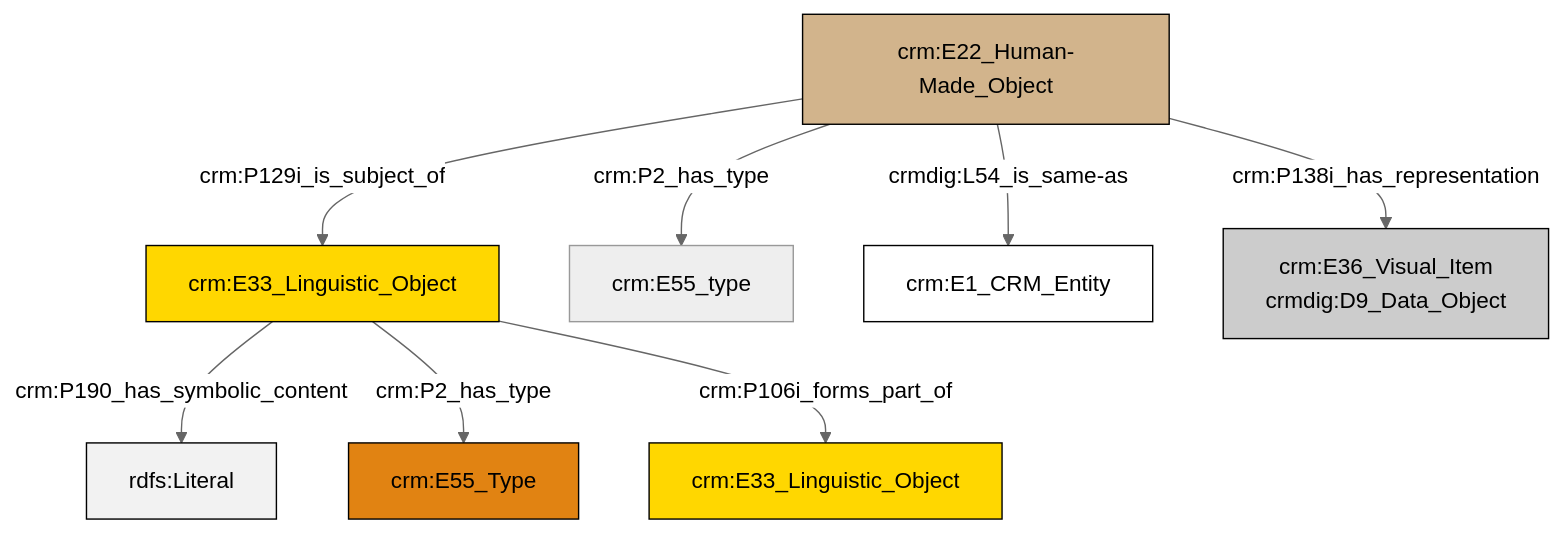
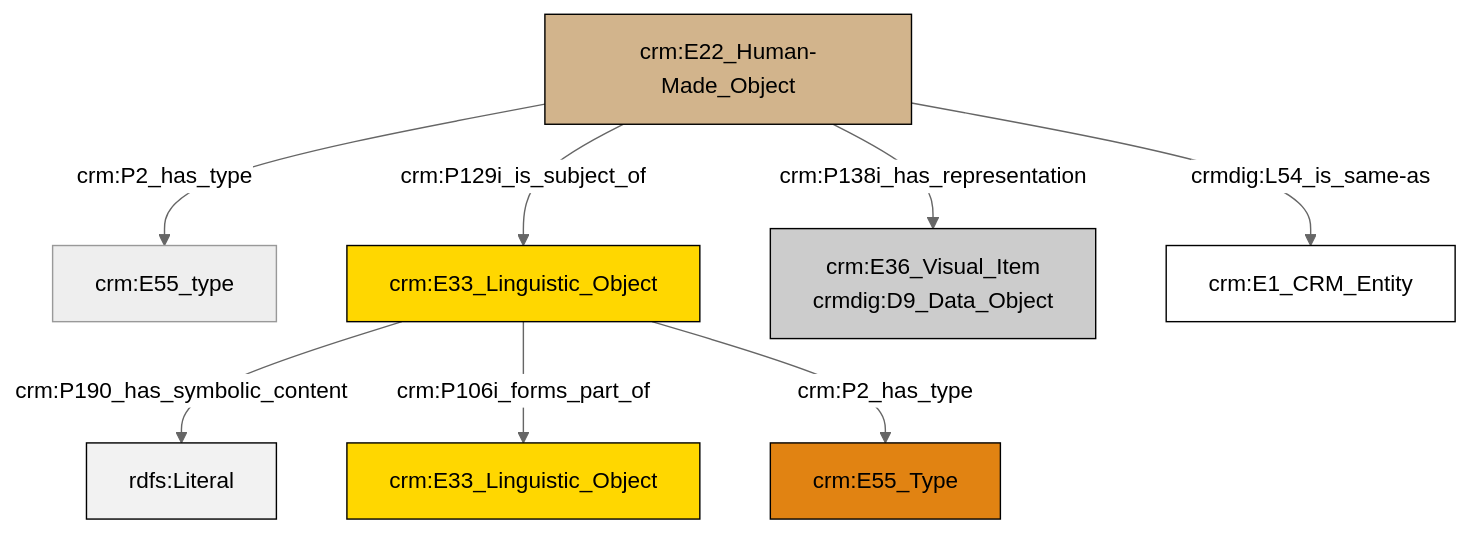
One commit to swiss-art-research-net/docs.swissartresearch changed the diagram in et/artworkCSV/ttl/mmd/Artwork_Documentation.ttl.mmd. Above: the diagram before and after it, drawn with Mermaid (neutral theme). The commit also changed 180 other files, not shown here.

```diff
--- a/et/artworkCSV/ttl/mmd/Artwork_Documentation.ttl.mmd
+++ b/et/artworkCSV/ttl/mmd/Artwork_Documentation.ttl.mmd
@@ -1,22 +1,22 @@
 graph TD
 classDef Literal fill:#f2f2f2,stroke:#000000;
 classDef CRM_Entity fill:#FFFFFF,stroke:#000000;
 classDef Temporal_Entity fill:#00C9E6, stroke:#000000;
 classDef Type fill:#E18312, stroke:#000000;
 classDef Time-Span fill:#2C9C91, stroke:#000000;
 classDef Appellation fill:#FFEB7F, stroke:#000000;
 classDef Place fill:#008836, stroke:#000000;
 classDef Persistent_Item fill:#B266B2, stroke:#000000;
 classDef Conceptual_Object fill:#FFD700, stroke:#000000;
 classDef Physical_Thing fill:#D2B48C, stroke:#000000;
 classDef Actor fill:#f58aad, stroke:#000000;
 classDef PC_Classes fill:#4ce600, stroke:#000000;
 classDef Multi fill:#cccccc,stroke:#000000;
 
-4["crm:E22_Human-Made_Object"]:::Physical_Thing -->|crm:P2_has_type| 5["crm:E55_type"]:::Default
-4["crm:E22_Human-Made_Object"]:::Physical_Thing -->|crmdig:L54_is_same-as| 9["crm:E1_CRM_Entity"]:::CRM_Entity
-0["crm:E33_Linguistic_Object"]:::Conceptual_Object -->|crm:P190_has_symbolic_content| 13[rdfs:Literal]:::Literal
-0["crm:E33_Linguistic_Object"]:::Conceptual_Object -->|crm:P2_has_type| 2["crm:E55_Type"]:::Type
-0["crm:E33_Linguistic_Object"]:::Conceptual_Object -->|crm:P106i_forms_part_of| 14["crm:E33_Linguistic_Object"]:::Conceptual_Object
-4["crm:E22_Human-Made_Object"]:::Physical_Thing -->|crm:P138i_has_representation| 11["crm:E36_Visual_Item<br>crmdig:D9_Data_Object"]:::Multi
-4["crm:E22_Human-Made_Object"]:::Physical_Thing -->|crm:P129i_is_subject_of| 0["crm:E33_Linguistic_Object"]:::Conceptual_Object
+2["crm:E33_Linguistic_Object"]:::Conceptual_Object -->|crm:P190_has_symbolic_content| 3[rdfs:Literal]:::Literal
+6["crm:E22_Human-Made_Object"]:::Physical_Thing -->|crm:P2_has_type| 0["crm:E55_type"]:::Default
+2["crm:E33_Linguistic_Object"]:::Conceptual_Object -->|crm:P106i_forms_part_of| 4["crm:E33_Linguistic_Object"]:::Conceptual_Object
+2["crm:E33_Linguistic_Object"]:::Conceptual_Object -->|crm:P2_has_type| 7["crm:E55_Type"]:::Type
+6["crm:E22_Human-Made_Object"]:::Physical_Thing -->|crm:P129i_is_subject_of| 2["crm:E33_Linguistic_Object"]:::Conceptual_Object
+6["crm:E22_Human-Made_Object"]:::Physical_Thing -->|crmdig:L54_is_same-as| 11["crm:E1_CRM_Entity"]:::CRM_Entity
+6["crm:E22_Human-Made_Object"]:::Physical_Thing -->|crm:P138i_has_representation| 9["crm:E36_Visual_Item<br>crmdig:D9_Data_Object"]:::Multi
```
